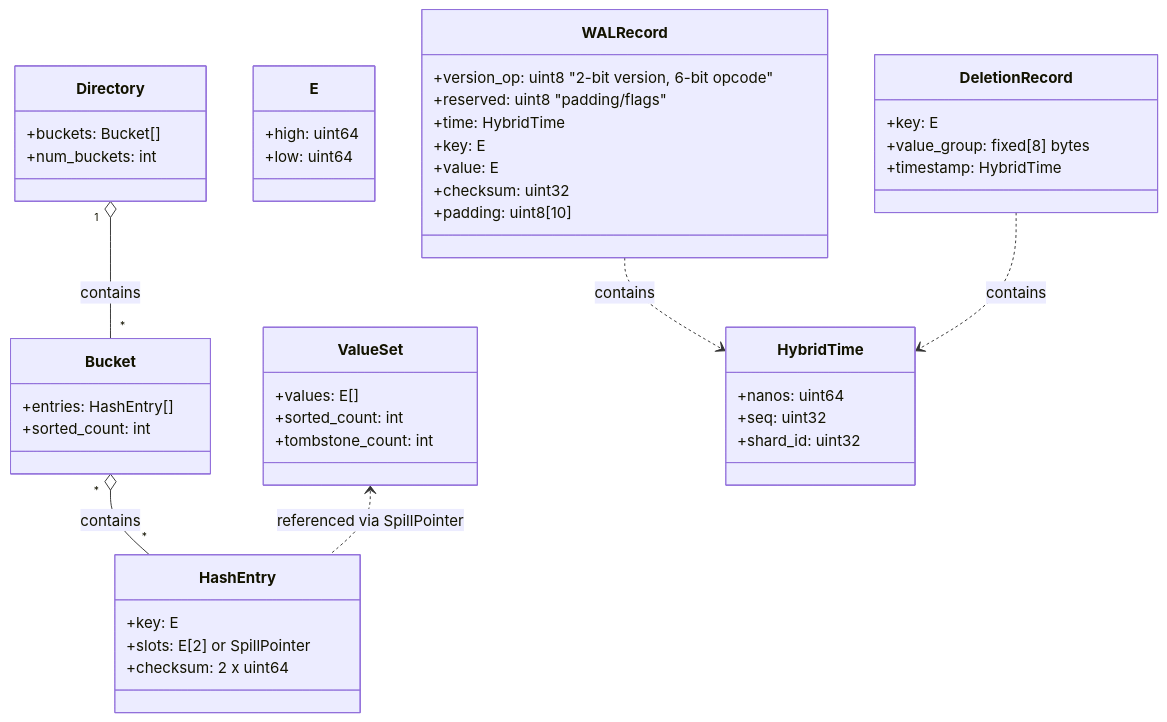
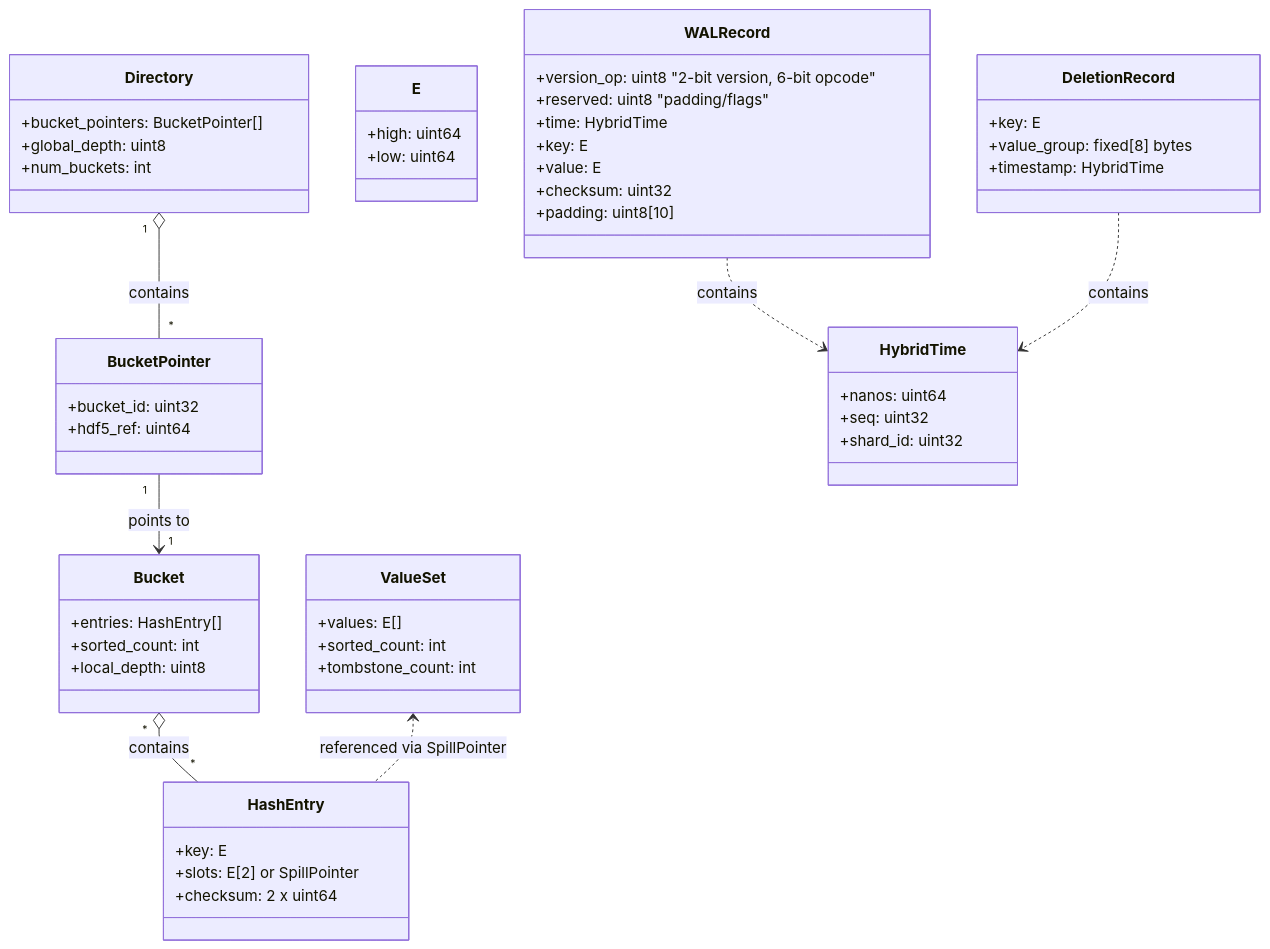
The first of 2 diagrams in docs/spec 2 - Data Types and Structure.md (amogorkon/cidstore), drawn with Mermaid before and after one commit. The commit also changed other lines of this file and 4 other files, not shown here.

Commit message:
docs: Update specifications for extendible hashing, bucket management, and HDF5 layout

````diff
--- a/docs/spec 2 - Data Types and Structure.md
+++ b/docs/spec 2 - Data Types and Structure.md
@@ -7,52 +7,59 @@
 ```mermaid
 classDiagram
     class Directory {
-        +buckets: Bucket[]
+        +bucket_pointers: BucketPointer[]
+        +global_depth: uint8
         +num_buckets: int
     }
     class Bucket {
         +entries: HashEntry[]
         +sorted_count: int
+        +local_depth: uint8
+    }
+    class BucketPointer {
+        +bucket_id: uint32
+        +hdf5_ref: uint64
     }
     class HashEntry {
         +key: E
         +slots: E[2] or SpillPointer
         +checksum: 2 x uint64
     }
 
     class ValueSet {
         +values: E[]
         +sorted_count: int
         +tombstone_count: int
     }
 
     class E {
         +high: uint64
         +low: uint64
     }
 
     class WALRecord {
         +version_op: uint8 "2-bit version, 6-bit opcode"
         +reserved: uint8 "padding/flags"
         +time: HybridTime
         +key: E
         +value: E
         +checksum: uint32
         +padding: uint8[10]
     }
     class HybridTime {
         +nanos: uint64
         +seq: uint32
         +shard_id: uint32
     }
     class DeletionRecord {
         +key: E
         +value_group: fixed[8] bytes
         +timestamp: HybridTime
     }
-    Directory "1" o-- "*" Bucket : contains
+    Directory "1" o-- "*" BucketPointer : contains
+    BucketPointer "1" --> "1" Bucket : points to
     Bucket "*" o-- "*" HashEntry : contains
     ValueSet <.. HashEntry : referenced via SpillPointer
     WALRecord ..> HybridTime : contains
     DeletionRecord ..> HybridTime : contains
 ```
````
